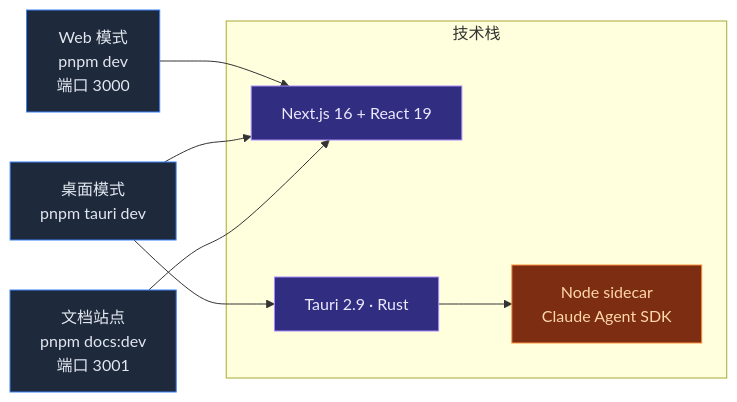
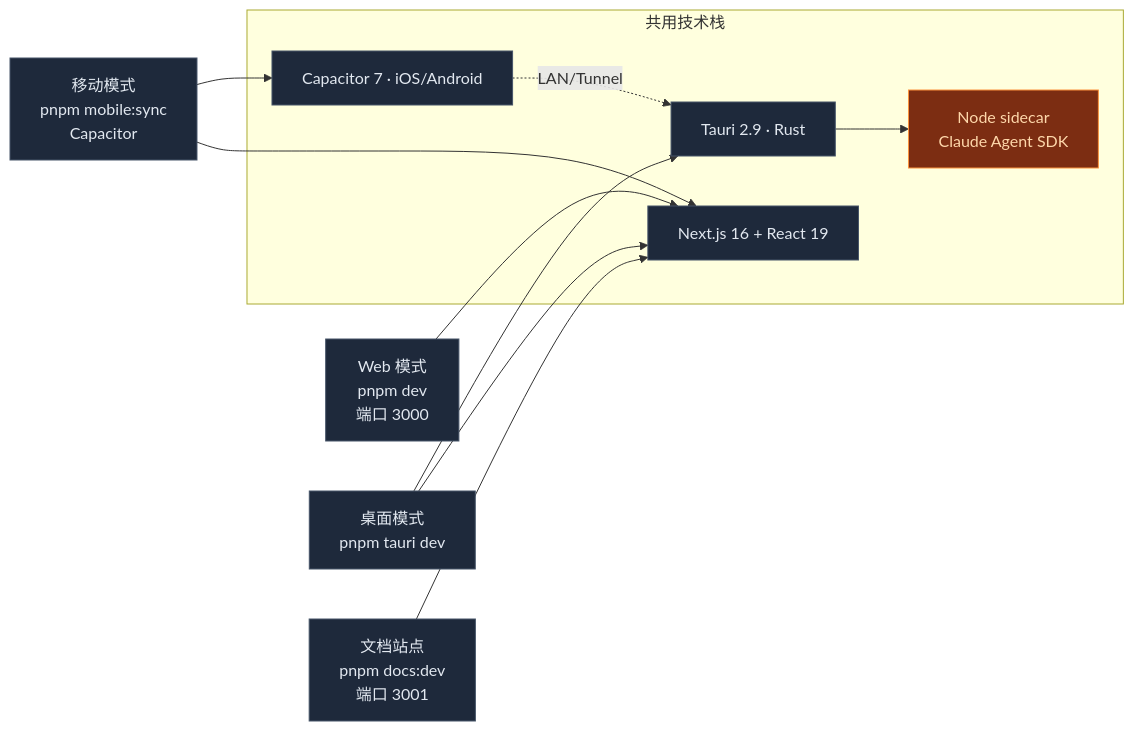
The first of 2 diagrams in docs/content/docs/zh/index.mdx (MaxQian888/cognia-next), drawn with Mermaid before and after one commit. The commit also changed other lines of this file and 211 other files, not shown here.

````diff
--- a/docs/content/docs/zh/index.mdx
+++ b/docs/content/docs/zh/index.mdx
@@ -25,25 +39,28 @@
 ```mermaid
 flowchart LR
   Web[Web 模式<br/>pnpm dev<br/>端口 3000]
   Desktop[桌面模式<br/>pnpm tauri dev]
+  Mobile[移动模式<br/>pnpm mobile:sync<br/>Capacitor]
   Docs[文档站点<br/>pnpm docs:dev<br/>端口 3001]
 
-  subgraph Stack[技术栈]
+  subgraph Stack[共用技术栈]
     Next[Next.js 16 + React 19]
     Tauri[Tauri 2.9 · Rust]
     Sidecar[Node sidecar<br/>Claude Agent SDK]
+    Capa[Capacitor 7 · iOS/Android]
   end
 
   Web --> Next
   Desktop --> Next
   Desktop --> Tauri
   Tauri --> Sidecar
+  Mobile --> Next
+  Mobile --> Capa
+  Capa -.LAN/Tunnel.-> Tauri
   Docs --> Next
 
-  classDef mode fill:#1e293b,stroke:#3b82f6,color:#e2e8f0
-  classDef stack fill:#312e81,stroke:#a78bfa,color:#ede9fe
+  classDef layer fill:#1e293b,stroke:#475569,color:#e2e8f0
   classDef sidecar fill:#7c2d12,stroke:#fb923c,color:#fed7aa
-  class Web,Desktop,Docs mode
-  class Next,Tauri stack
+  class Web,Desktop,Docs,Mobile,Next,Tauri,Capa layer
   class Sidecar sidecar
 ```
````
